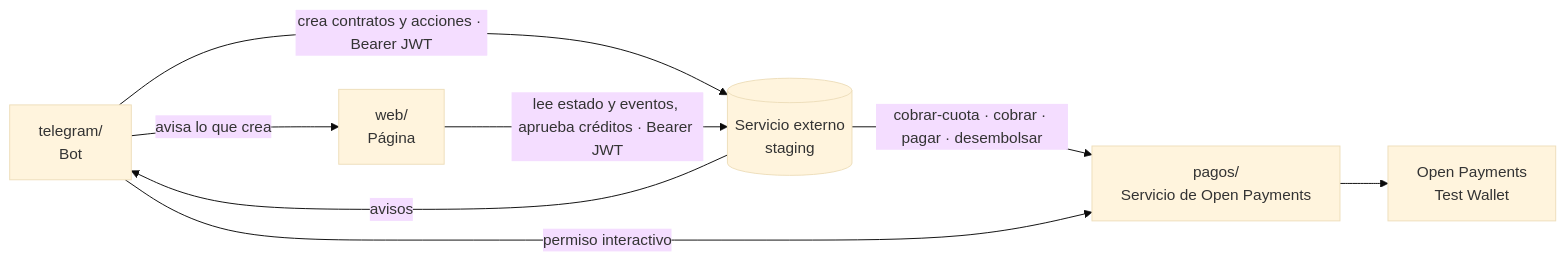
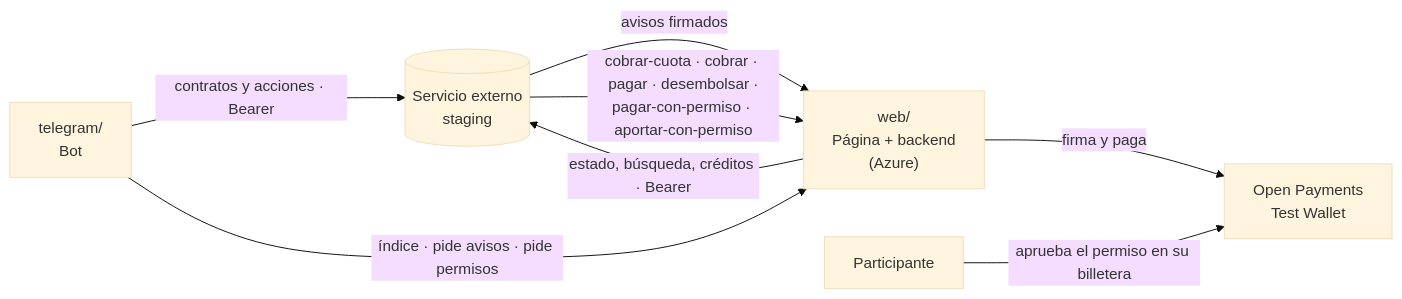
One commit to fintechfy-dev/openpayments-fintechfy changed the diagram in integracion/README.md. Above: the diagram before and after it, drawn with Mermaid (base theme). The commit also changed other lines of this file and 10 other files, not shown here.

First line of the commit message:
#5: mapas con la 0.2.0, pagos de Open Payments en la web y avisos por la web

````diff
--- a/integracion/README.md
+++ b/integracion/README.md
@@ -7,10 +12,10 @@
 ```mermaid
 flowchart LR
-  BOT["telegram/<br/>Bot"] -->|crea contratos y acciones · Bearer JWT| EXT[("Servicio externo<br/>staging")]
-  WEB["web/<br/>Página"] -->|lee estado y eventos, aprueba créditos · Bearer JWT| EXT
-  BOT -->|avisa lo que crea| WEB
-  EXT -->|avisos| BOT
-  EXT -->|cobrar-cuota · cobrar · pagar · desembolsar| PAGOS["pagos/<br/>Servicio de Open Payments"]
-  BOT -->|permiso interactivo| PAGOS
-  PAGOS --> OP["Open Payments<br/>Test Wallet"]
+  BOT["telegram/<br/>Bot"] -->|contratos y acciones · Bearer| EXT[("Servicio externo<br/>staging")]
+  WEB["web/<br/>Página + backend<br/>(Azure)"] -->|estado, búsqueda, créditos · Bearer| EXT
+  EXT -->|avisos firmados| WEB
+  BOT -->|índice · pide avisos · pide permisos| WEB
+  EXT -->|cobrar-cuota · cobrar · pagar · desembolsar ·<br/>pagar-con-permiso · aportar-con-permiso| WEB
+  WEB -->|firma y paga| OP["Open Payments<br/>Test Wallet"]
+  P["Participante"] -->|aprueba el permiso en su billetera| OP
 ```
````
